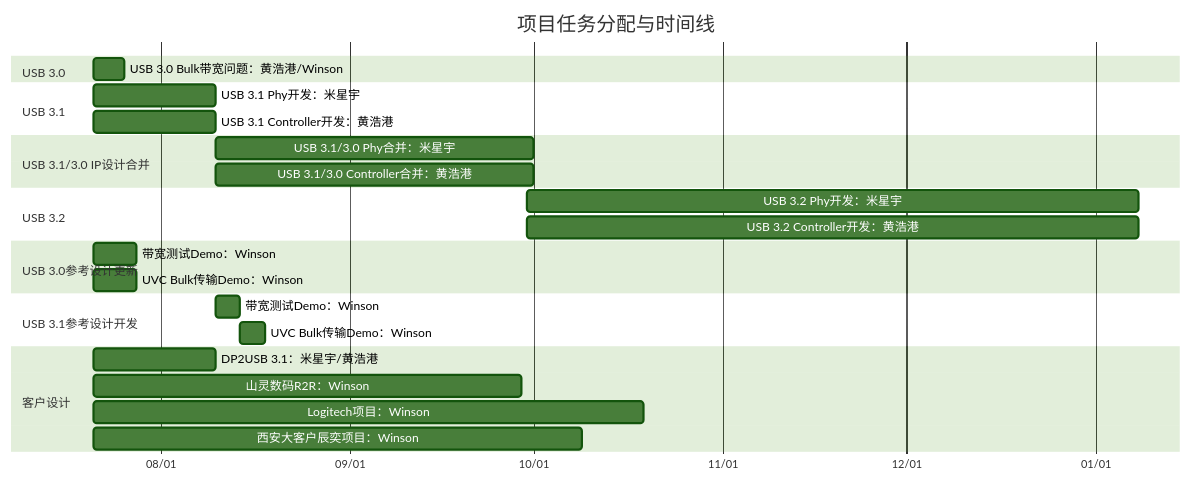
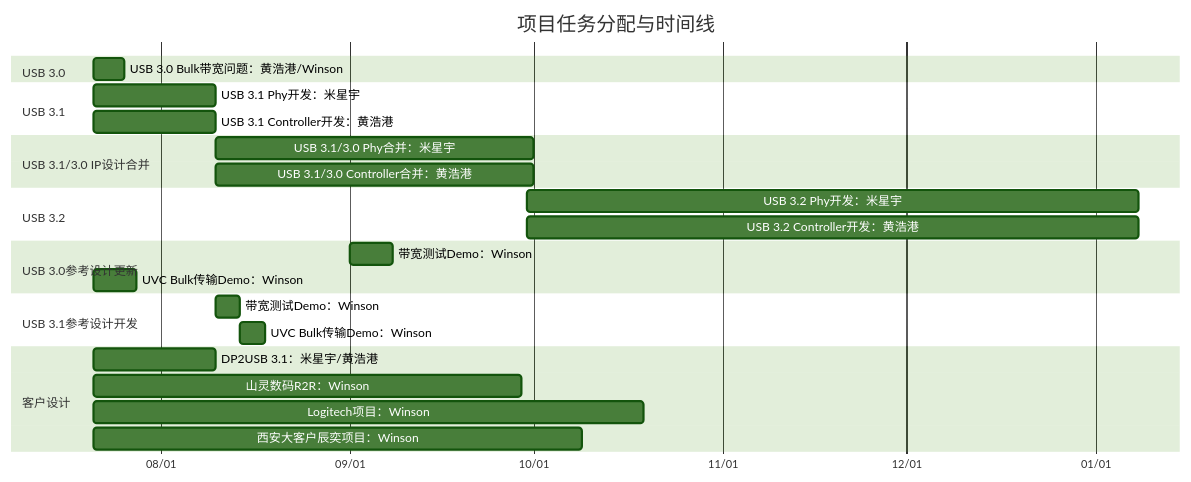
One commit to winsonbook/iodraw-files changed the diagram in all/未命名.md. Above: the diagram before and after it, drawn with Mermaid (forest theme).

Commit message:
2025-07-21 10:12:37 update

````diff
--- a/all/未命名.md
+++ b/all/未命名.md
@@ -1,35 +1,35 @@
 ```mermaid
 gantt
     title 项目任务分配与时间线
     dateFormat  YYYY-MM-DD
     axisFormat  %m/%d
 
     section USB 3.0
     USB 3.0 Bulk带宽问题：黄浩港/Winson   :    task1, 2025-07-21, 5d
 
     section USB 3.1
     USB 3.1 Phy开发：米星宇      :         task2, 2025-07-21, 20d
     USB 3.1 Controller开发：黄浩港      :  task3, 2025-07-21, 20d
 
     section USB 3.1/3.0 IP设计合并
     USB 3.1/3.0 Phy合并：米星宇       :    task4, 2025-08-10, 52d
     USB 3.1/3.0 Controller合并：黄浩港:    task5, 2025-08-10, 52d
 
     section USB 3.2
     USB 3.2 Phy开发：米星宇      :         task2, 2025-09-30, 100d
     USB 3.2 Controller开发：黄浩港      :  task3, 2025-09-30, 100d
 
     section USB 3.0参考设计更新
-    带宽测试Demo：Winson       :         task6, 2025-07-21, 7d
+    带宽测试Demo：Winson       :         task6, 2025-09-, 7d
     UVC Bulk传输Demo：Winson   :        task7, 2025-07-21, 7d
 
     section USB 3.1参考设计开发
     带宽测试Demo：Winson       :         task8, 2025-08-10, 4d
     UVC Bulk传输Demo：Winson   :         task9, 2025-08-14, 4d
 
     section 客户设计
     DP2USB 3.1：米星宇/黄浩港      :task10, 2025-07-21, 20d
     山灵数码R2R：Winson :             task11, 2025-07-21, 70d
     Logitech项目：Winson :            task12, 2025-07-21, 90d
     西安大客户辰奕项目：Winson :       task13, 2025-07-21, 80d
 ```
````
